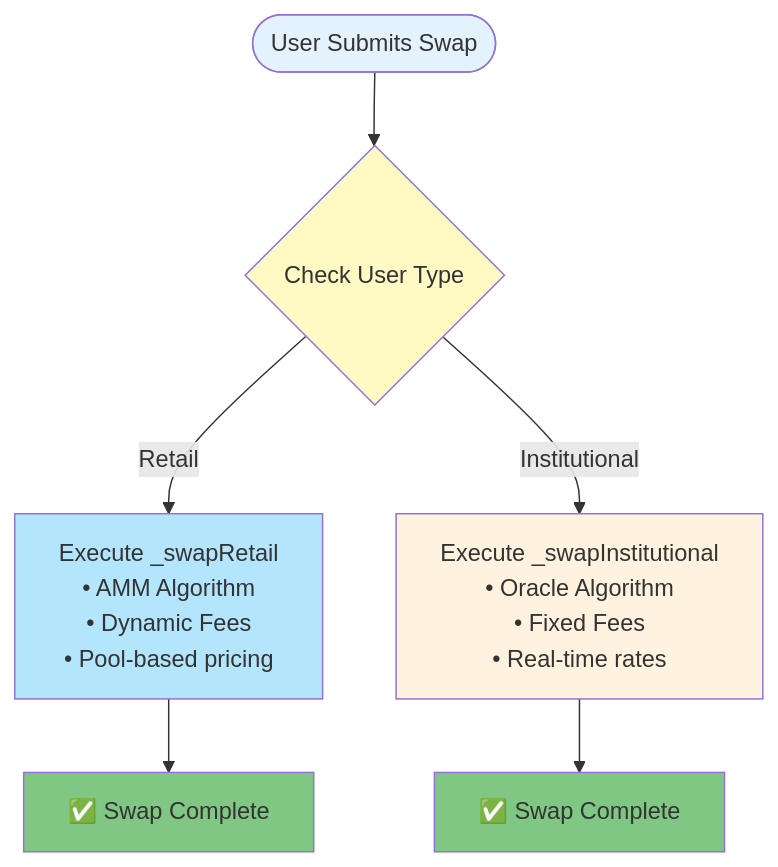
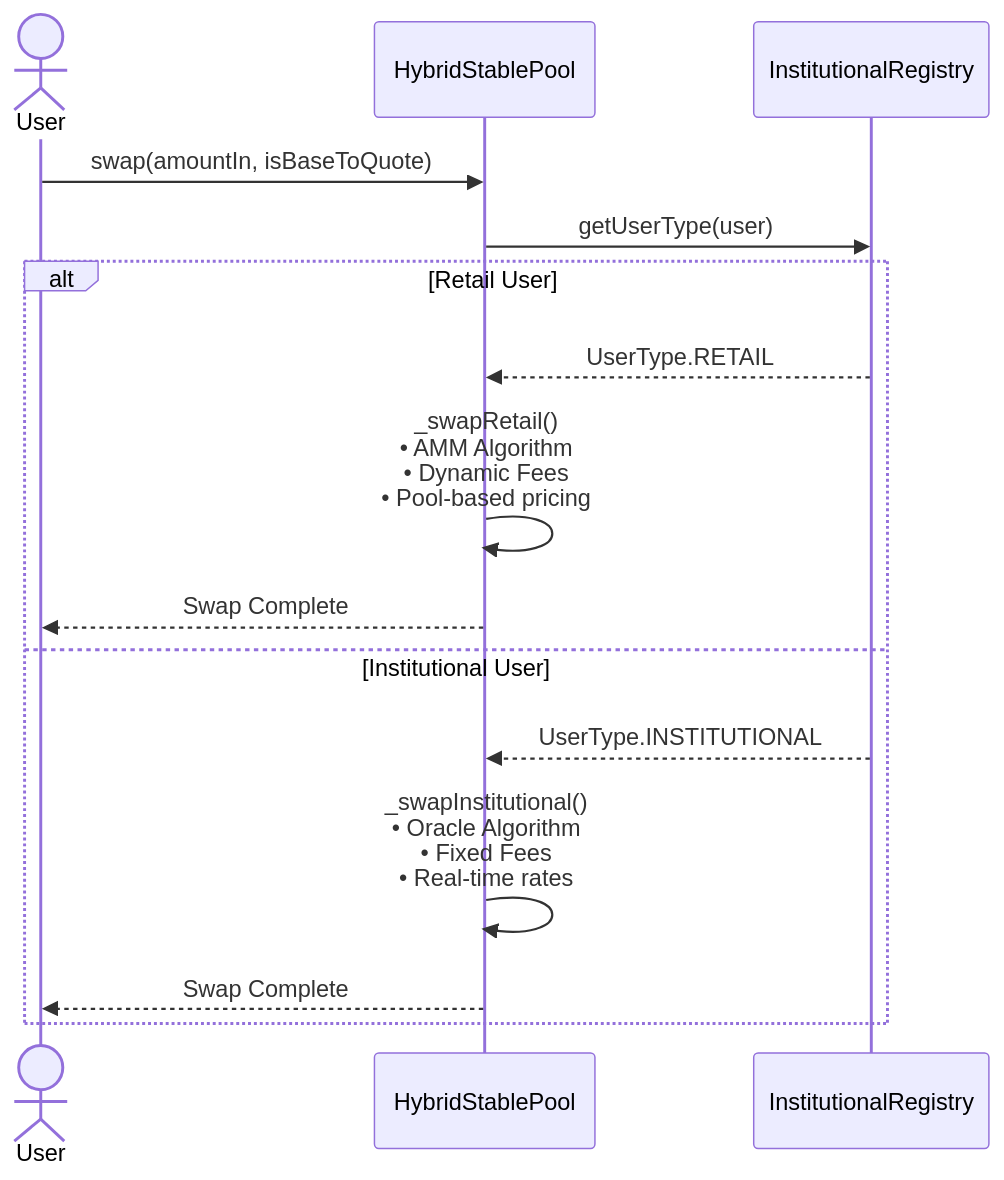
The first of 2 diagrams in gurudex/05_smart_contract_logic.md (fbtopg/gurufin-docs), drawn with Mermaid before and after one commit. The commit also changed other lines of this file and 18 other files, not shown here.

````diff
--- a/gurudex/05_smart_contract_logic.md
+++ b/gurudex/05_smart_contract_logic.md
@@ -21,17 +21,19 @@
 ```mermaid
-flowchart TD
-    User([User Submits Swap]) --> Check{Check User Type}
+sequenceDiagram
+    actor User
+    participant HybridPool as HybridStablePool
+    participant Registry as InstitutionalRegistry
     
-    Check -->|Retail| RetailPath["Execute _swapRetail<br/>• AMM Algorithm<br/>• Dynamic Fees<br/>• Pool-based pricing"]
-    Check -->|Institutional| InstPath["Execute _swapInstitutional<br/>• Oracle Algorithm<br/>• Fixed Fees<br/>• Real-time rates"]
+    User->>HybridPool: swap(amountIn, isBaseToQuote)
+    HybridPool->>Registry: getUserType(user)
     
-    RetailPath --> Complete1[✅ Swap Complete]
-    InstPath --> Complete2[✅ Swap Complete]
-    
-    style User fill:#e3f2fd
-    style Check fill:#fff9c4
-    style RetailPath fill:#b3e5fc
-    style InstPath fill:#fff3e0
-    style Complete1 fill:#81c784
-    style Complete2 fill:#81c784
+    alt Retail User
+        Registry-->>HybridPool: UserType.RETAIL
+        HybridPool->>HybridPool: _swapRetail()<br/>• AMM Algorithm<br/>• Dynamic Fees<br/>• Pool-based pricing
+        HybridPool-->>User: Swap Complete
+    else Institutional User
+        Registry-->>HybridPool: UserType.INSTITUTIONAL
+        HybridPool->>HybridPool: _swapInstitutional()<br/>• Oracle Algorithm<br/>• Fixed Fees<br/>• Real-time rates
+        HybridPool-->>User: Swap Complete
+    end
 ```
````
